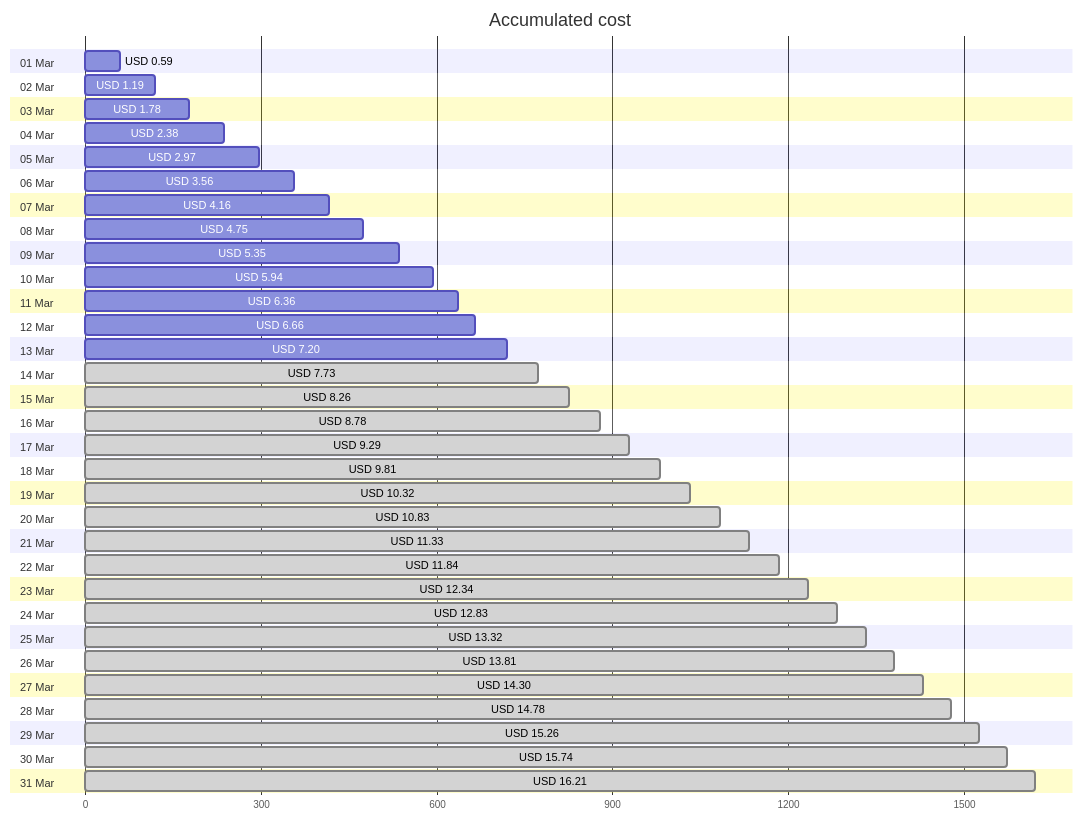
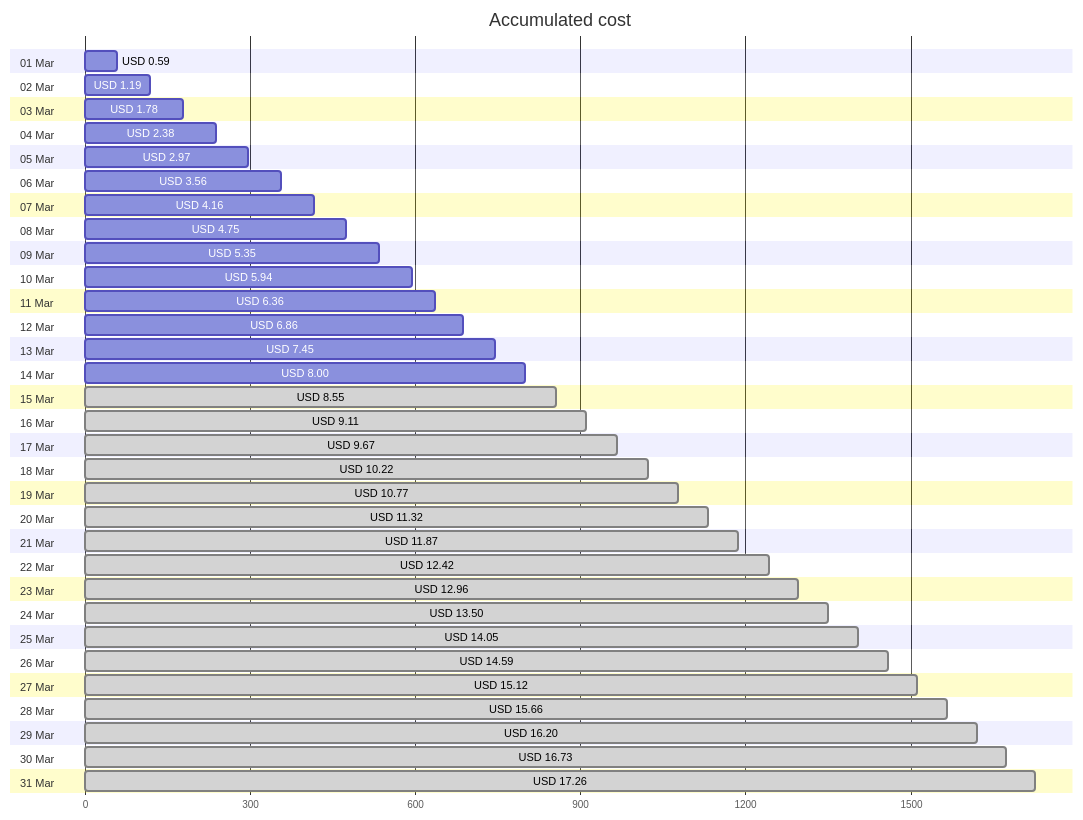
The first of 4 diagrams in cost-reports/personal-site/README.md (jpfulton/azure-personal-reports), drawn with Mermaid before and after one commit. The commit also changed other lines of this file and 6 other files, not shown here.

````diff
--- a/cost-reports/personal-site/README.md
+++ b/cost-reports/personal-site/README.md
@@ -20,68 +20,68 @@
 ```mermaid
 gantt
    title Accumulated cost
    dateFormat  X
    axisFormat %s
    section 01 Mar
    USD 0.59 :0, 59
    section 02 Mar
    USD 1.19 :0, 119
    section 03 Mar
    USD 1.78 :0, 178
    section 04 Mar
    USD 2.38 :0, 238
    section 05 Mar
    USD 2.97 :0, 297
    section 06 Mar
    USD 3.56 :0, 356
    section 07 Mar
    USD 4.16 :0, 416
    section 08 Mar
    USD 4.75 :0, 475
    section 09 Mar
    USD 5.35 :0, 535
    section 10 Mar
    USD 5.94 :0, 594
    section 11 Mar
    USD 6.36 :0, 636
    section 12 Mar
-   USD 6.66 :0, 666
+   USD 6.86 :0, 686
    section 13 Mar
-   USD 7.20 :0, 720
+   USD 7.45 :0, 745
    section 14 Mar
-   USD 7.73 : done, 0, 773
+   USD 8.00 :0, 800
    section 15 Mar
-   USD 8.26 : done, 0, 826
+   USD 8.55 : done, 0, 855
    section 16 Mar
-   USD 8.78 : done, 0, 878
+   USD 9.11 : done, 0, 911
    section 17 Mar
-   USD 9.29 : done, 0, 929
+   USD 9.67 : done, 0, 967
    section 18 Mar
-   USD 9.81 : done, 0, 981
+   USD 10.22 : done, 0, 1022
    section 19 Mar
-   USD 10.32 : done, 0, 1032
+   USD 10.77 : done, 0, 1077
    section 20 Mar
-   USD 10.83 : done, 0, 1083
+   USD 11.32 : done, 0, 1132
    section 21 Mar
-   USD 11.33 : done, 0, 1133
+   USD 11.87 : done, 0, 1187
    section 22 Mar
-   USD 11.84 : done, 0, 1184
+   USD 12.42 : done, 0, 1242
    section 23 Mar
-   USD 12.34 : done, 0, 1234
+   USD 12.96 : done, 0, 1296
    section 24 Mar
-   USD 12.83 : done, 0, 1283
+   USD 13.50 : done, 0, 1350
    section 25 Mar
-   USD 13.32 : done, 0, 1332
+   USD 14.05 : done, 0, 1405
    section 26 Mar
-   USD 13.81 : done, 0, 1381
+   USD 14.59 : done, 0, 1459
    section 27 Mar
-   USD 14.30 : done, 0, 1430
+   USD 15.12 : done, 0, 1512
    section 28 Mar
-   USD 14.78 : done, 0, 1478
+   USD 15.66 : done, 0, 1566
    section 29 Mar
-   USD 15.26 : done, 0, 1526
+   USD 16.20 : done, 0, 1620
    section 30 Mar
-   USD 15.74 : done, 0, 1574
+   USD 16.73 : done, 0, 1673
    section 31 Mar
-   USD 16.21 : done, 0, 1621
+   USD 17.26 : done, 0, 1726
 ```
````
